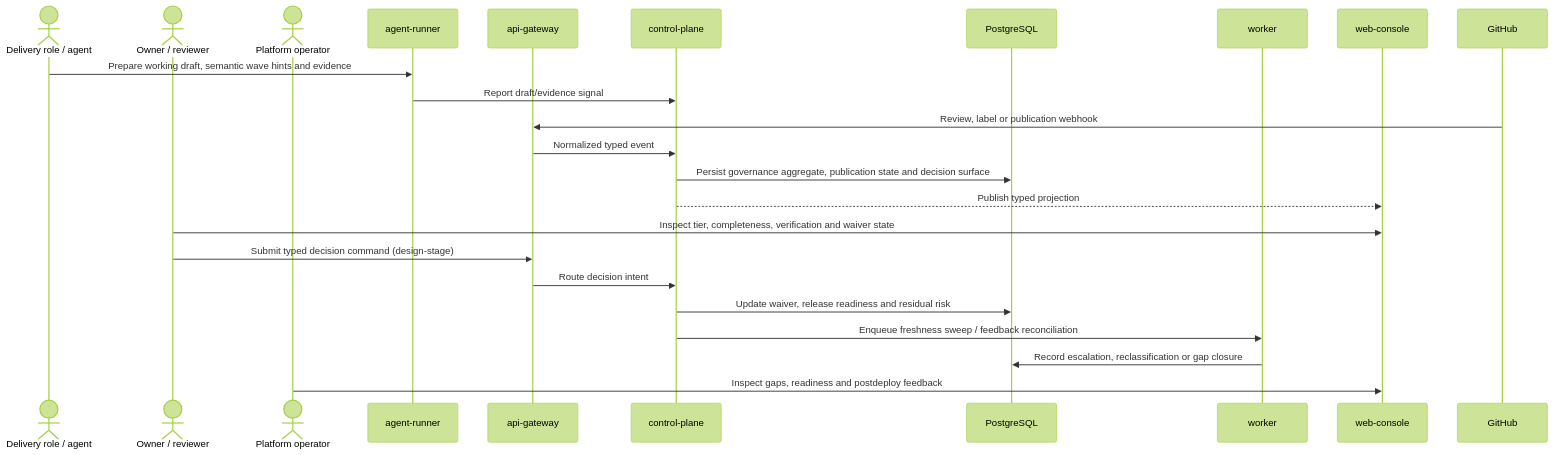
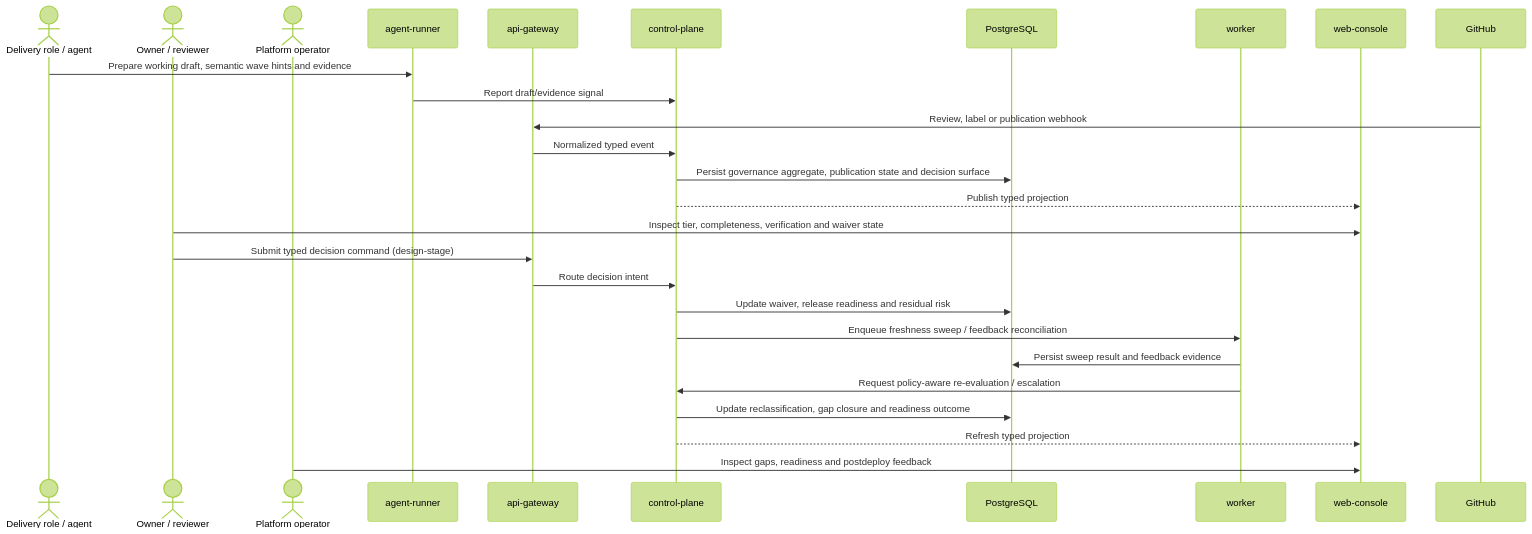
One commit to codex-k8s/codex-k8s changed the diagram in docs/architecture/initiatives/s13_quality_governance_system/architecture.md. Above: the diagram before and after it, drawn with Mermaid (forest theme). The commit also changed other lines of this file and 4 other files, not shown here.

````diff
--- a/docs/architecture/initiatives/s13_quality_governance_system/architecture.md
+++ b/docs/architecture/initiatives/s13_quality_governance_system/architecture.md
@@ -78,27 +78,30 @@
 ```mermaid
 sequenceDiagram
     actor Delivery as Delivery role / agent
     actor Owner as Owner / reviewer
     actor Operator as Platform operator
     participant AR as agent-runner
     participant GW as api-gateway
     participant CP as control-plane
     participant DB as PostgreSQL
     participant WK as worker
     participant UI as web-console
     participant GH as GitHub
 
     Delivery->>AR: Prepare working draft, semantic wave hints and evidence
     AR->>CP: Report draft/evidence signal
     GH->>GW: Review, label or publication webhook
     GW->>CP: Normalized typed event
     CP->>DB: Persist governance aggregate, publication state and decision surface
     CP-->>UI: Publish typed projection
     Owner->>UI: Inspect tier, completeness, verification and waiver state
     Owner->>GW: Submit typed decision command (design-stage)
     GW->>CP: Route decision intent
     CP->>DB: Update waiver, release readiness and residual risk
     CP->>WK: Enqueue freshness sweep / feedback reconciliation
-    WK->>DB: Record escalation, reclassification or gap closure
+    WK->>DB: Persist sweep result and feedback evidence
+    WK->>CP: Request policy-aware re-evaluation / escalation
+    CP->>DB: Update reclassification, gap closure and readiness outcome
+    CP-->>UI: Refresh typed projection
     Operator->>UI: Inspect gaps, readiness and postdeploy feedback
 ```
````
